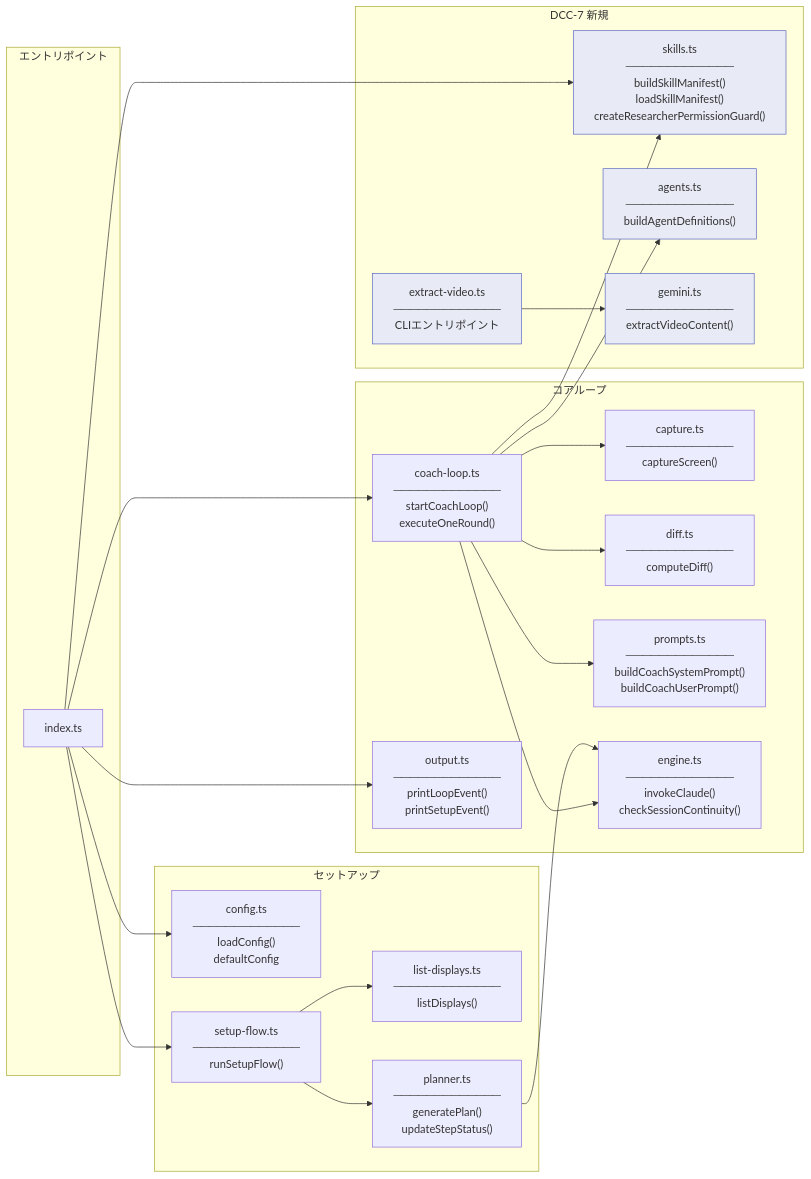
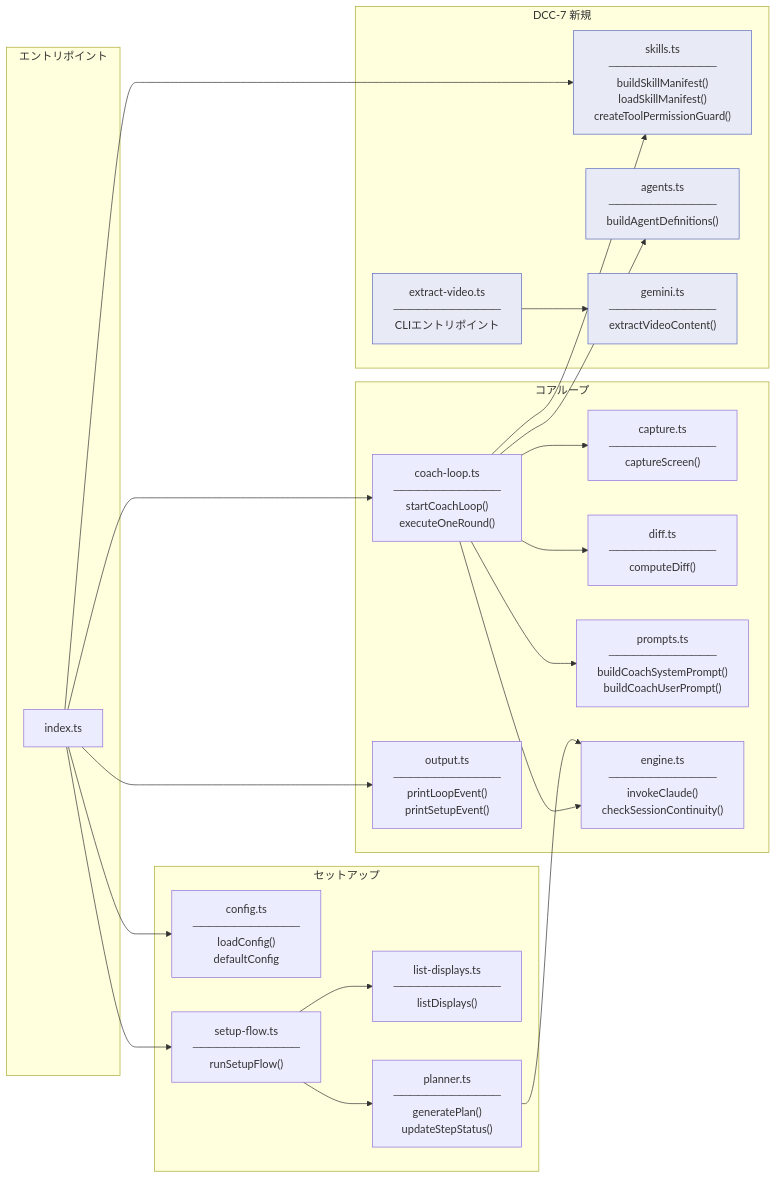
Before and after one commit to yukaorange/dcc_suport: the second of 19 diagrams in docs/architecture.md, drawn with Mermaid. The commit also changed other lines of this file and 34 other files, not shown here.

````diff
--- a/docs/architecture.md
+++ b/docs/architecture.md
@@ -62,50 +62,50 @@
 ```mermaid
 flowchart LR
     subgraph entry ["エントリポイント"]
         index["index.ts"]
     end
 
     subgraph setup ["セットアップ"]
         config["config.ts<br>─────────────<br>loadConfig()<br>defaultConfig"]
         setupFlow["setup-flow.ts<br>─────────────<br>runSetupFlow()"]
         listDisp["list-displays.ts<br>─────────────<br>listDisplays()"]
         planner["planner.ts<br>─────────────<br>generatePlan()<br>updateStepStatus()"]
     end
 
     subgraph core ["コアループ"]
         coachLoop["coach-loop.ts<br>─────────────<br>startCoachLoop()<br>executeOneRound()"]
         capture["capture.ts<br>─────────────<br>captureScreen()"]
         diff["diff.ts<br>─────────────<br>computeDiff()"]
         prompts["prompts.ts<br>─────────────<br>buildCoachSystemPrompt()<br>buildCoachUserPrompt()"]
         engine["engine.ts<br>─────────────<br>invokeClaude()<br>checkSessionContinuity()"]
         output["output.ts<br>─────────────<br>printLoopEvent()<br>printSetupEvent()"]
     end
 
     subgraph dcc7 ["DCC-7 新規"]
-        skills["skills.ts<br>─────────────<br>buildSkillManifest()<br>loadSkillManifest()<br>createResearcherPermissionGuard()"]:::new
+        skills["skills.ts<br>─────────────<br>buildSkillManifest()<br>loadSkillManifest()<br>createToolPermissionGuard()"]:::new
         agents["agents.ts<br>─────────────<br>buildAgentDefinitions()"]:::new
         gemini["gemini.ts<br>─────────────<br>extractVideoContent()"]:::new
         extractVideo["extract-video.ts<br>─────────────<br>CLIエントリポイント"]:::new
     end
 
     index --> config
     index --> setupFlow
     index --> coachLoop
     index --> output
     index --> skills
 
     setupFlow --> listDisp
     setupFlow --> planner
     planner --> engine
 
     coachLoop --> capture
     coachLoop --> diff
     coachLoop --> prompts
     coachLoop --> engine
     coachLoop --> agents
     coachLoop --> skills
 
     extractVideo --> gemini
 
     classDef new fill:#e8eaf6,stroke:#5c6bc0
 ```
````
